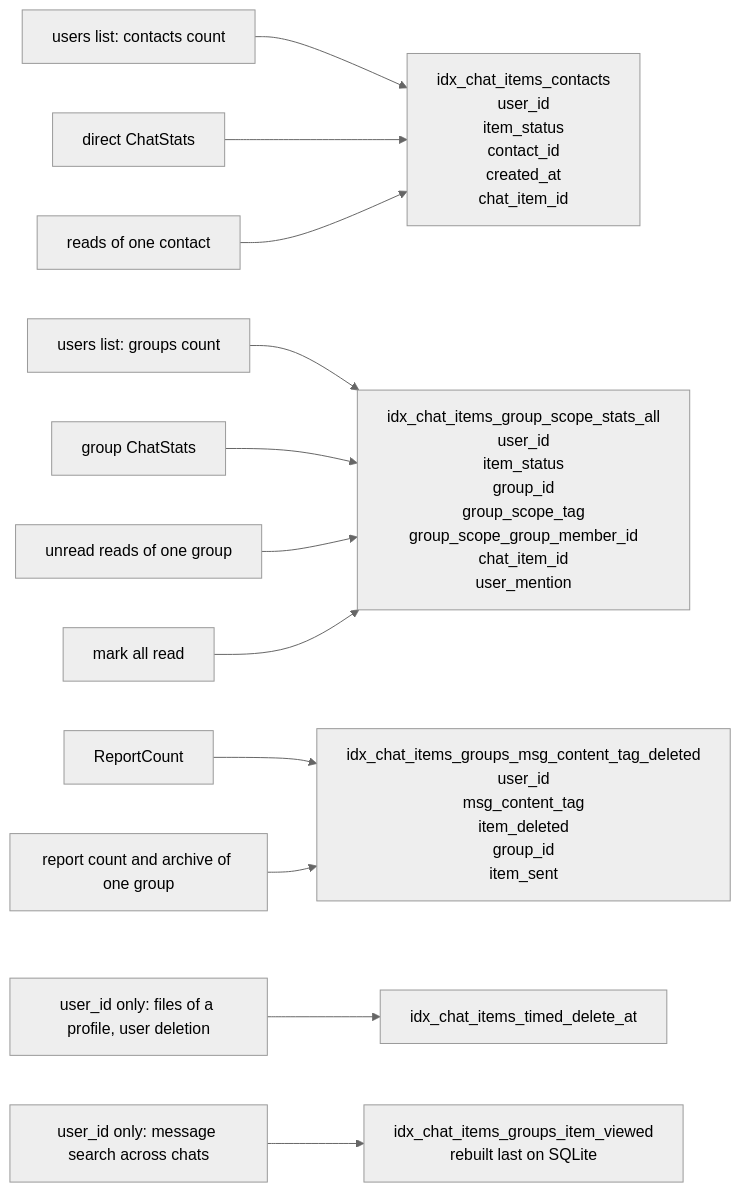
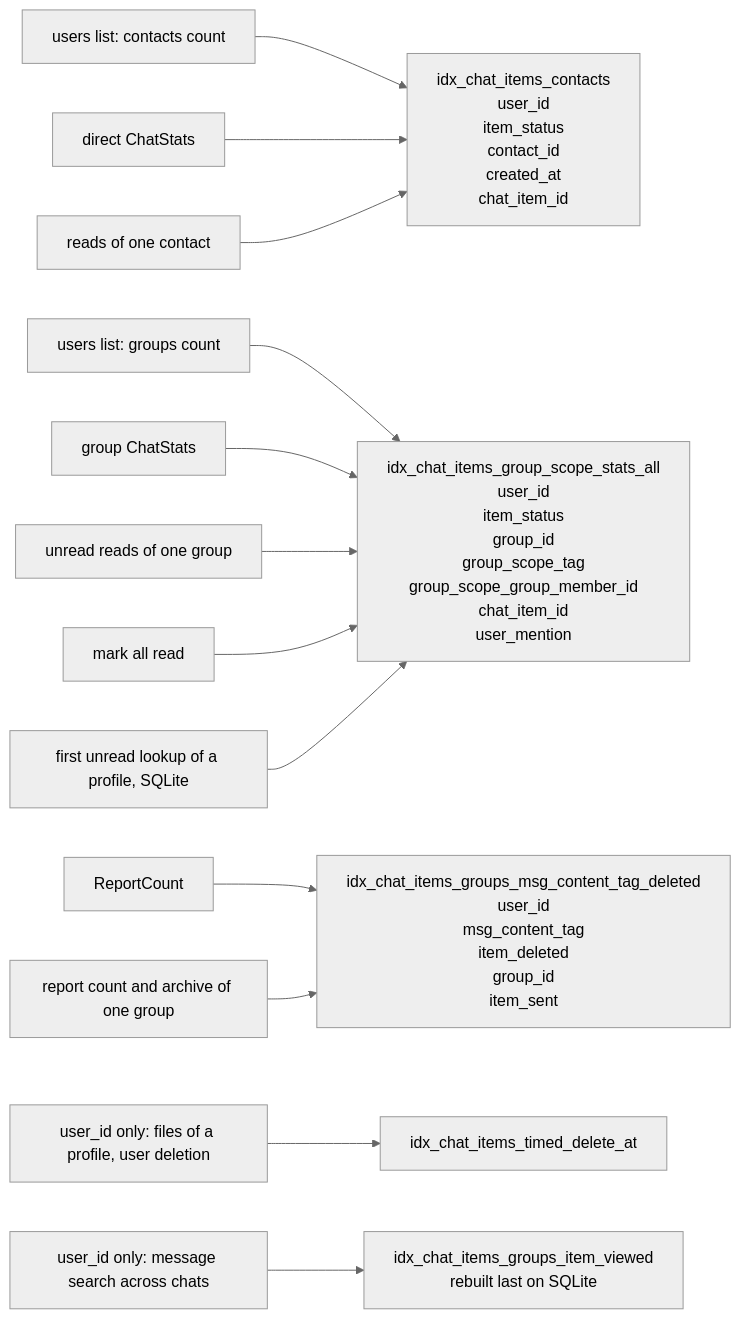
The second of 7 diagrams in plans/2026-11-24-chat-list-queries.md (simplex-chat/simplex-chat), drawn with Mermaid (neutral theme) before and after one commit. The commit also changed other lines of this file, not shown here.

````diff
--- a/plans/2026-11-24-chat-list-queries.md
+++ b/plans/2026-11-24-chat-list-queries.md
@@ -186,14 +186,15 @@
 ```mermaid
 flowchart LR
   UC["users list: contacts count"] --> C["idx_chat_items_contacts<br>user_id<br>item_status<br>contact_id<br>created_at<br>chat_item_id"]
   DS["direct ChatStats"] --> C
   PC["reads of one contact"] --> C
   UG["users list: groups count"] --> S["idx_chat_items_group_scope_stats_all<br>user_id<br>item_status<br>group_id<br>group_scope_tag<br>group_scope_group_member_id<br>chat_item_id<br>user_mention"]
   GS["group ChatStats"] --> S
   PG["unread reads of one group"] --> S
   MA["mark all read"] --> S
+  FU["first unread lookup of a profile, SQLite"] --> S
   RC["ReportCount"] --> R["idx_chat_items_groups_msg_content_tag_deleted<br>user_id<br>msg_content_tag<br>item_deleted<br>group_id<br>item_sent"]
   RG["report count and archive of one group"] --> R
   U["user_id only: files of a profile, user deletion"] --> T["idx_chat_items_timed_delete_at"]
   MS["user_id only: message search across chats"] --> V["idx_chat_items_groups_item_viewed<br>rebuilt last on SQLite"]
 ```
````
